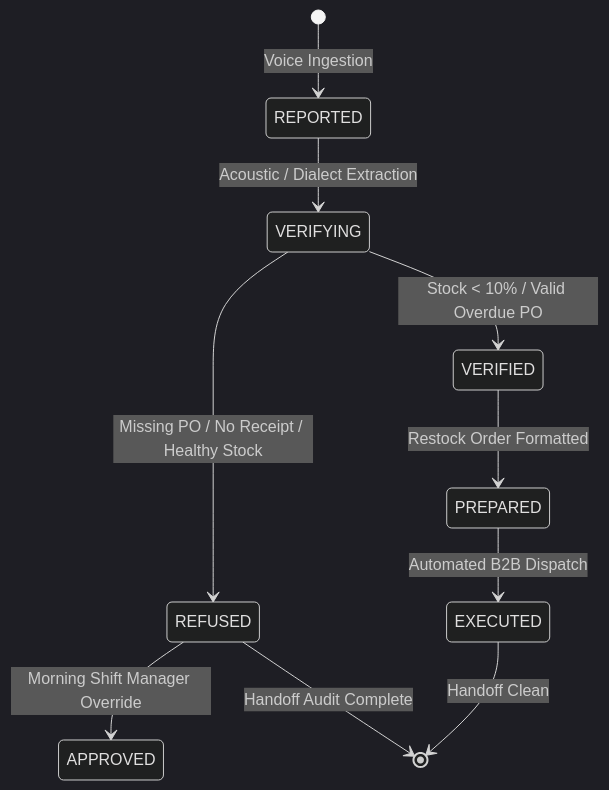
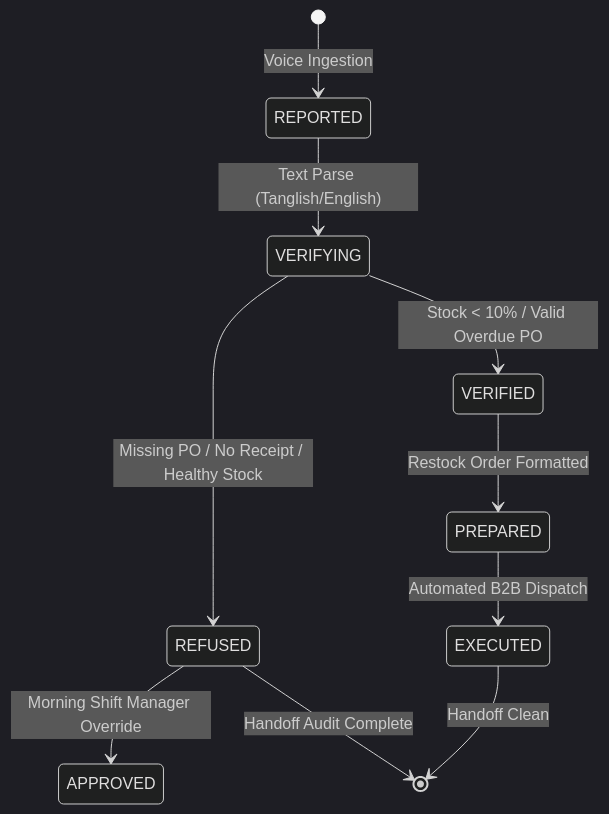
One commit to Revaldo143/handoff changed the diagram in README.md. Above: the diagram before and after it, drawn with Mermaid (dark theme). The commit also changed other lines of this file, not shown here.

````diff
--- a/README.md
+++ b/README.md
@@ -55,12 +55,12 @@
 ```mermaid
 stateDiagram-v2
     [*] --> REPORTED : Voice Ingestion
-    REPORTED --> VERIFYING : Acoustic / Dialect Extraction
+    REPORTED --> VERIFYING : Text Parse (Tanglish/English)
     VERIFYING --> REFUSED : Missing PO / No Receipt / Healthy Stock
     VERIFYING --> VERIFIED : Stock < 10% / Valid Overdue PO
     VERIFIED --> PREPARED : Restock Order Formatted
     PREPARED --> EXECUTED : Automated B2B Dispatch
     REFUSED --> APPROVED : Morning Shift Manager Override
     REFUSED --> [*] : Handoff Audit Complete
     EXECUTED --> [*] : Handoff Clean
 ```
````
